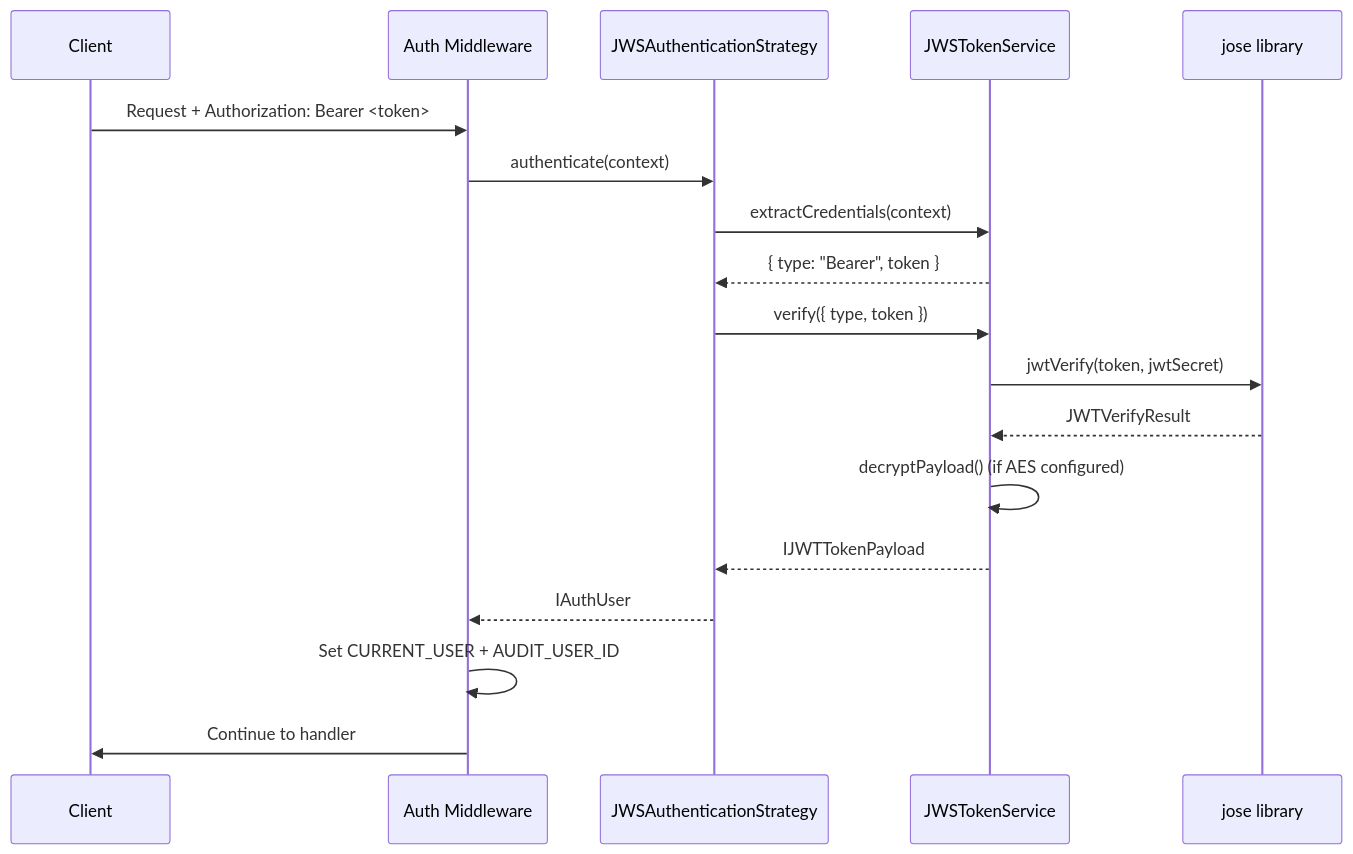
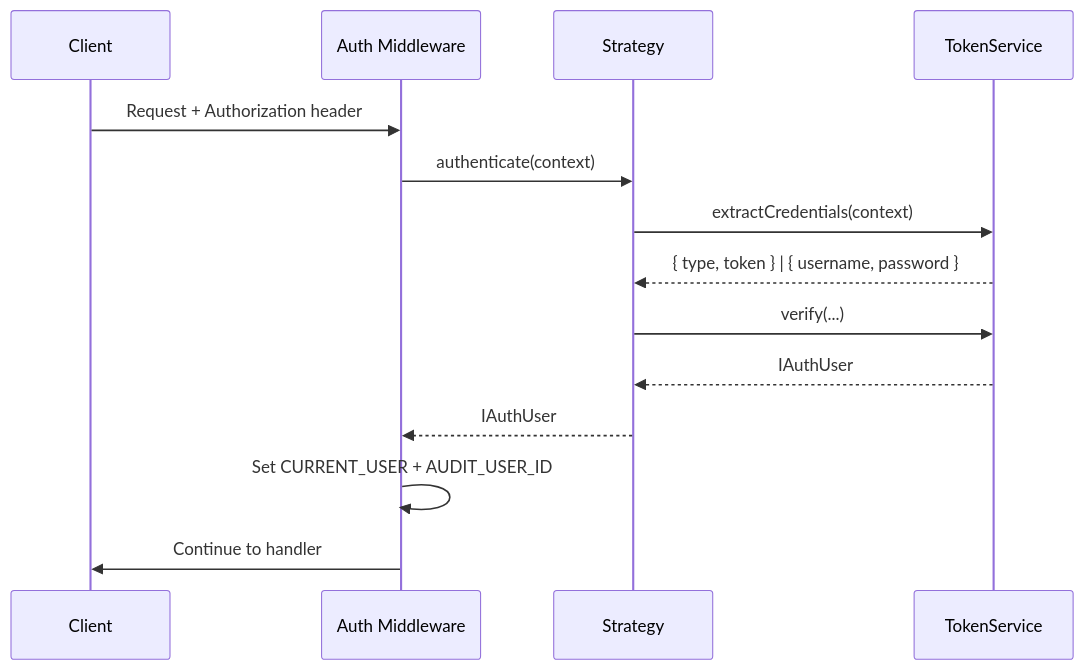
Before and after one commit to VENIZIA-AI/ignis: the second of 3 diagrams in docs/wiki/content/extensions/components/authentication/usage.md, drawn with Mermaid. The commit also changed other lines of this file and 233 other files, not shown here.

````diff
--- a/docs/wiki/content/extensions/components/authentication/usage.md
+++ b/docs/wiki/content/extensions/components/authentication/usage.md
@@ -513,21 +238,17 @@
 ```mermaid
 sequenceDiagram
     participant C as Client
     participant MW as Auth Middleware
-    participant S as JWSAuthenticationStrategy
-    participant SVC as JWSTokenService
-    participant JOSE as jose library
+    participant S as Strategy
+    participant SVC as TokenService
 
-    C->>MW: Request + Authorization: Bearer <token>
+    C->>MW: Request + Authorization header
     MW->>S: authenticate(context)
     S->>SVC: extractCredentials(context)
-    SVC-->>S: { type: "Bearer", token }
-    S->>SVC: verify({ type, token })
-    SVC->>JOSE: jwtVerify(token, jwtSecret)
-    JOSE-->>SVC: JWTVerifyResult
-    SVC->>SVC: decryptPayload() (if AES configured)
-    SVC-->>S: IJWTTokenPayload
+    SVC-->>S: { type, token } | { username, password }
+    S->>SVC: verify(...)
+    SVC-->>S: IAuthUser
     S-->>MW: IAuthUser
     MW->>MW: Set CURRENT_USER + AUDIT_USER_ID
     MW->>C: Continue to handler
 ```
````
